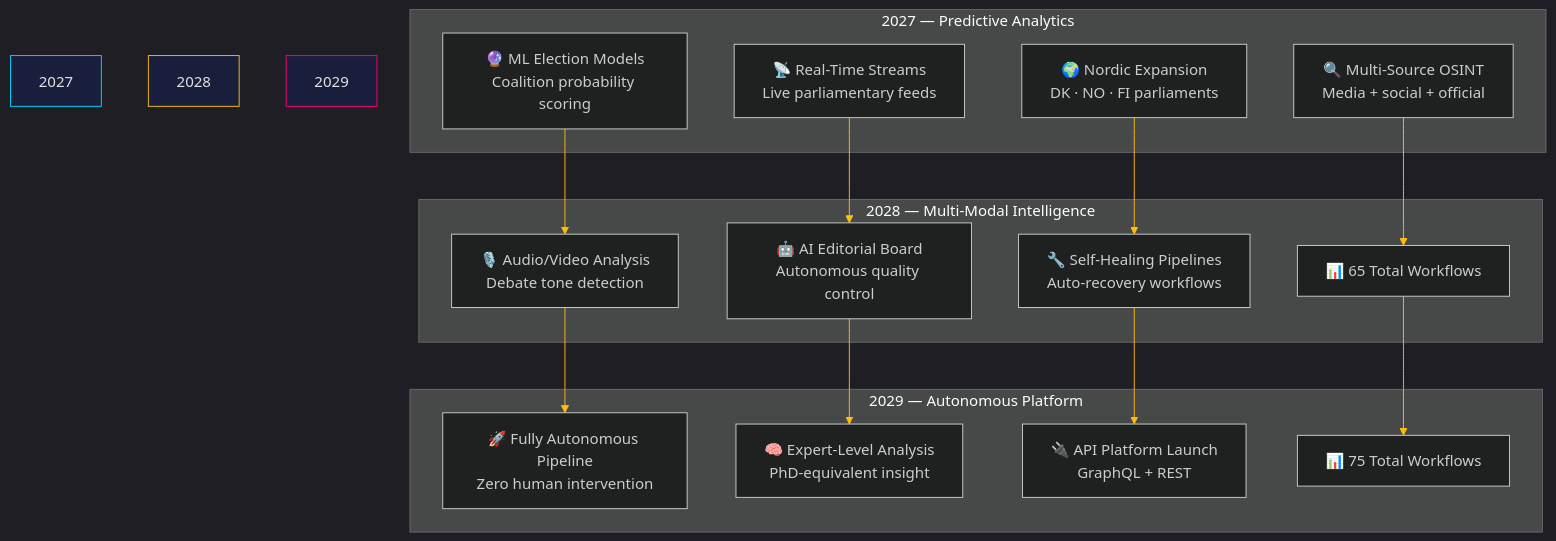
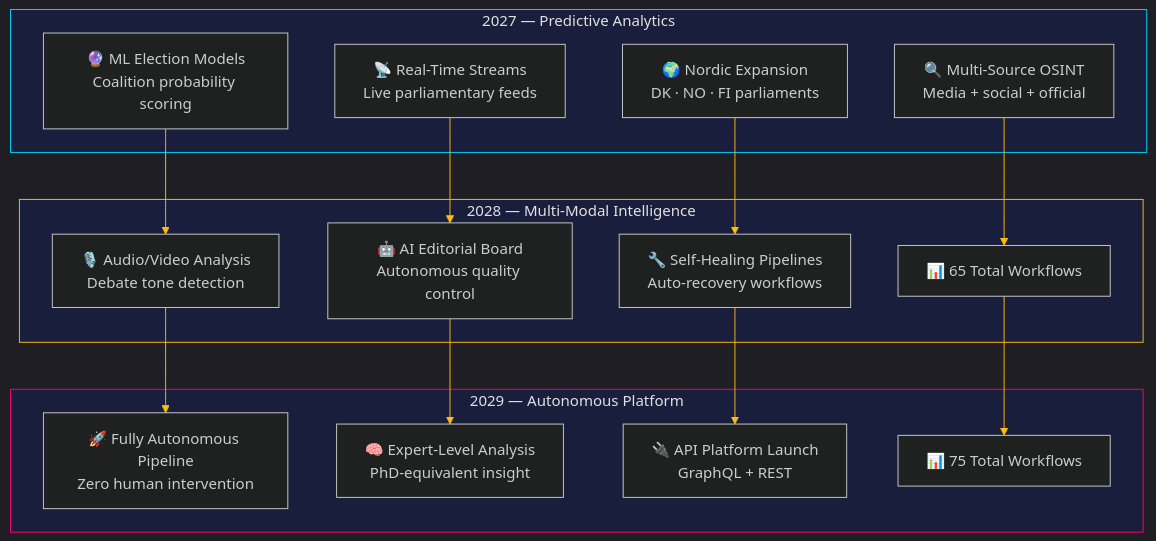
One commit to Hack23/riksdagsmonitor changed the third of 6 diagrams in README.md. Above: the diagram before and after it, drawn with Mermaid. The commit also changed other lines of this file, not shown here.

Commit message:
Address PR review: fix Mermaid subgraph IDs, UTC times, accurate article counts, and workflow clarifications

````diff
--- a/README.md
+++ b/README.md
@@ -791,33 +794,33 @@
 ```mermaid
 %%{init: {'theme': 'dark', 'themeVariables': {'primaryColor': '#00d9ff', 'primaryTextColor': '#e0e0e0', 'primaryBorderColor': '#ff006e', 'lineColor': '#ffbe0b', 'secondaryColor': '#1a1e3d', 'tertiaryColor': '#0a0e27'}}}%%
 graph TB
-    subgraph "2027 — Predictive Analytics"
-        style 2027 fill:#1a1e3d,stroke:#00d9ff,color:#e0e0e0
+    subgraph SG2027["2027 — Predictive Analytics"]
+        style SG2027 fill:#1a1e3d,stroke:#00d9ff,color:#e0e0e0
         PA1[🔮 ML Election Models<br/>Coalition probability scoring]
         PA2[📡 Real-Time Streams<br/>Live parliamentary feeds]
         PA3[🌍 Nordic Expansion<br/>DK · NO · FI parliaments]
         PA4[🔍 Multi-Source OSINT<br/>Media + social + official]
     end
-    subgraph "2028 — Multi-Modal Intelligence"
-        style 2028 fill:#1a1e3d,stroke:#ffbe0b,color:#e0e0e0
+    subgraph SG2028["2028 — Multi-Modal Intelligence"]
+        style SG2028 fill:#1a1e3d,stroke:#ffbe0b,color:#e0e0e0
         MM1[🎙️ Audio/Video Analysis<br/>Debate tone detection]
         MM2[🤖 AI Editorial Board<br/>Autonomous quality control]
         MM3[🔧 Self-Healing Pipelines<br/>Auto-recovery workflows]
         MM4[📊 65 Total Workflows]
     end
-    subgraph "2029 — Autonomous Platform"
-        style 2029 fill:#1a1e3d,stroke:#ff006e,color:#e0e0e0
+    subgraph SG2029["2029 — Autonomous Platform"]
+        style SG2029 fill:#1a1e3d,stroke:#ff006e,color:#e0e0e0
         AP1[🚀 Fully Autonomous Pipeline<br/>Zero human intervention]
         AP2[🧠 Expert-Level Analysis<br/>PhD-equivalent insight]
         AP3[🔌 API Platform Launch<br/>GraphQL + REST]
         AP4[📊 75 Total Workflows]
     end
     PA1 --> MM1
     PA2 --> MM2
     PA3 --> MM3
     PA4 --> MM4
     MM1 --> AP1
     MM2 --> AP2
     MM3 --> AP3
     MM4 --> AP4
 ```
````
